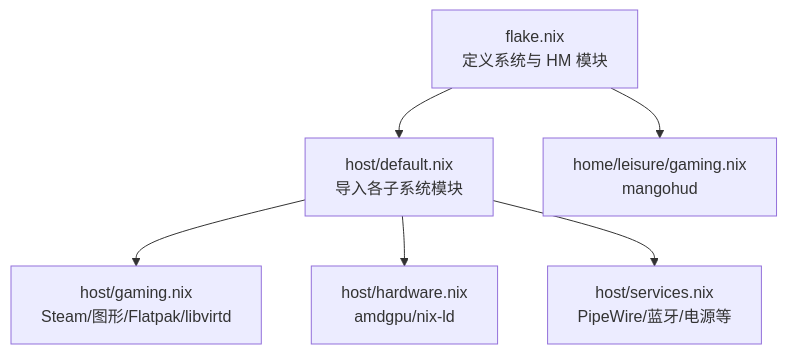
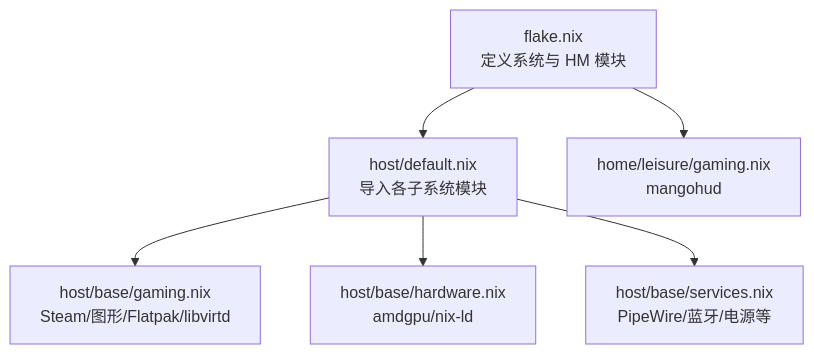
Before and after one commit to Shangshui0302/myNixOSConfig: the diagram in wiki/leisure/gaming.md, drawn with Mermaid. The commit also changed other lines of this file and 53 other files, not shown here.

````diff
--- a/wiki/leisure/gaming.md
+++ b/wiki/leisure/gaming.md
@@ -14,8 +14,8 @@
 ```mermaid
 graph TB
 A["flake.nix<br/>定义系统与 HM 模块"] --> B["host/default.nix<br/>导入各子系统模块"]
-B --> C["host/gaming.nix<br/>Steam/图形/Flatpak/libvirtd"]
-B --> D["host/hardware.nix<br/>amdgpu/nix-ld"]
-B --> E["host/services.nix<br/>PipeWire/蓝牙/电源等"]
+B --> C["host/base/gaming.nix<br/>Steam/图形/Flatpak/libvirtd"]
+B --> D["host/base/hardware.nix<br/>amdgpu/nix-ld"]
+B --> E["host/base/services.nix<br/>PipeWire/蓝牙/电源等"]
 A --> F["home/leisure/gaming.nix<br/>mangohud"]
 ```
````
